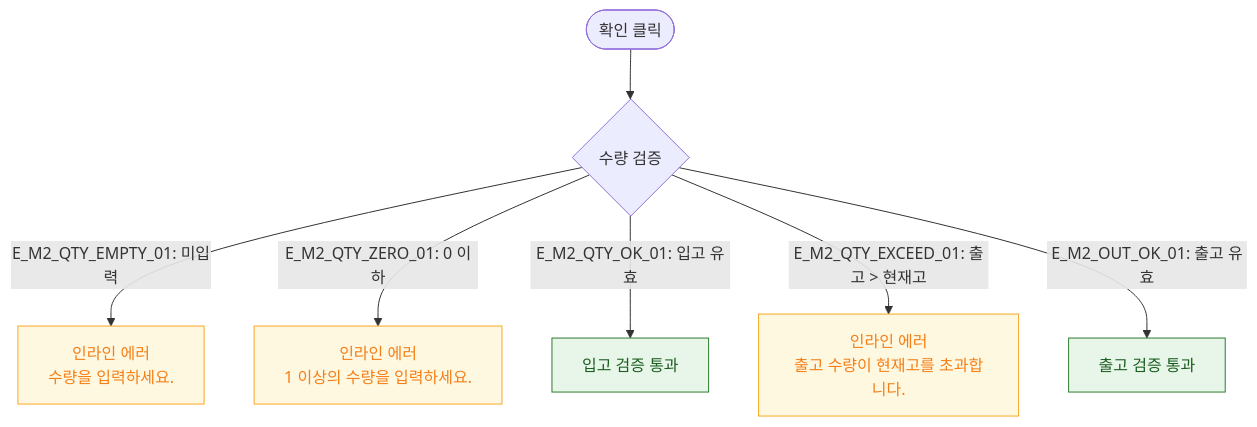
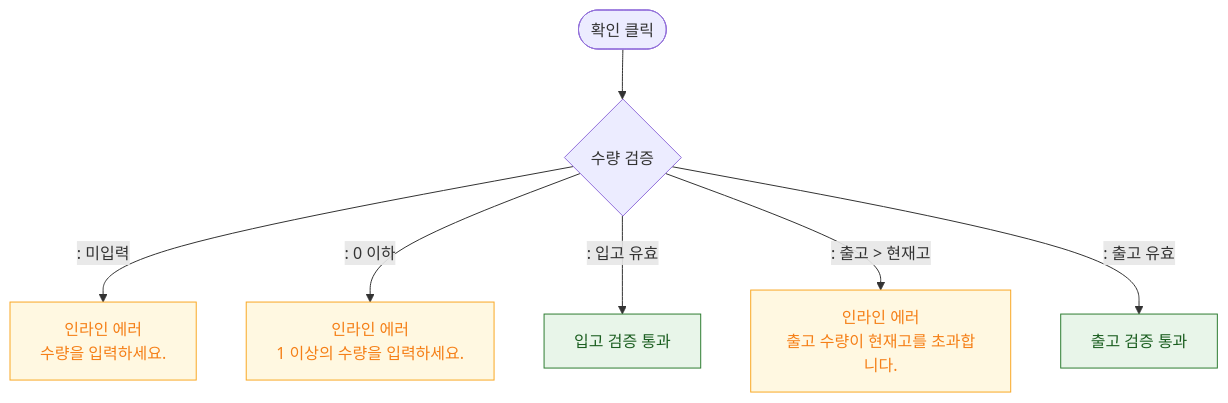
The diagram in docs/다이어그램/D06_시설관리/DLG/DLG-057-002_입출고처리/M2_필드검증.md (dev-spogym/admin-pando), drawn with Mermaid before and after one commit. The commit also changed other lines of this file and 1660 other files, not shown here.

First line of the commit message:
다이어그램: 기획자/클라이언트 납품본으로 정리

````diff
--- a/docs/다이어그램/D06_시설관리/DLG/DLG-057-002_입출고처리/M2_필드검증.md
+++ b/docs/다이어그램/D06_시설관리/DLG/DLG-057-002_입출고처리/M2_필드검증.md
@@ -16,14 +14,14 @@
 ```mermaid
 flowchart TD
     SUBMIT([확인 클릭]) --> V1{수량 검증}
-    V1 -->|"E_M2_QTY_EMPTY_01: 미입력"| ErrEmpty[인라인 에러\n수량을 입력하세요.]
-    V1 -->|"E_M2_QTY_ZERO_01: 0 이하"| ErrZero[인라인 에러\n1 이상의 수량을 입력하세요.]
-    V1 -->|"E_M2_QTY_OK_01: 입고 유효"| InPass[입고 검증 통과]
-    V1 -->|"E_M2_QTY_EXCEED_01: 출고 > 현재고"| ErrExceed[인라인 에러\n출고 수량이 현재고를 초과합니다.]
-    V1 -->|"E_M2_OUT_OK_01: 출고 유효"| OutPass[출고 검증 통과]
+    V1 -->|": 미입력"|ErrEmpty[인라인 에러\n수량을 입력하세요.]
+    V1 -->|": 0 이하"|ErrZero[인라인 에러\n1 이상의 수량을 입력하세요.]
+    V1 -->|": 입고 유효"|InPass[입고 검증 통과]
+    V1 -->|": 출고 > 현재고"|ErrExceed[인라인 에러\n출고 수량이 현재고를 초과합니다.]
+    V1 -->|": 출고 유효"|OutPass[출고 검증 통과]
 
     classDef warning fill:#FFF8E1,stroke:#F9A825,color:#F57F17
     classDef success fill:#E8F5E9,stroke:#2E7D32,color:#1B5E20
     class ErrEmpty,ErrZero,ErrExceed warning
     class InPass,OutPass success
 ```
````
